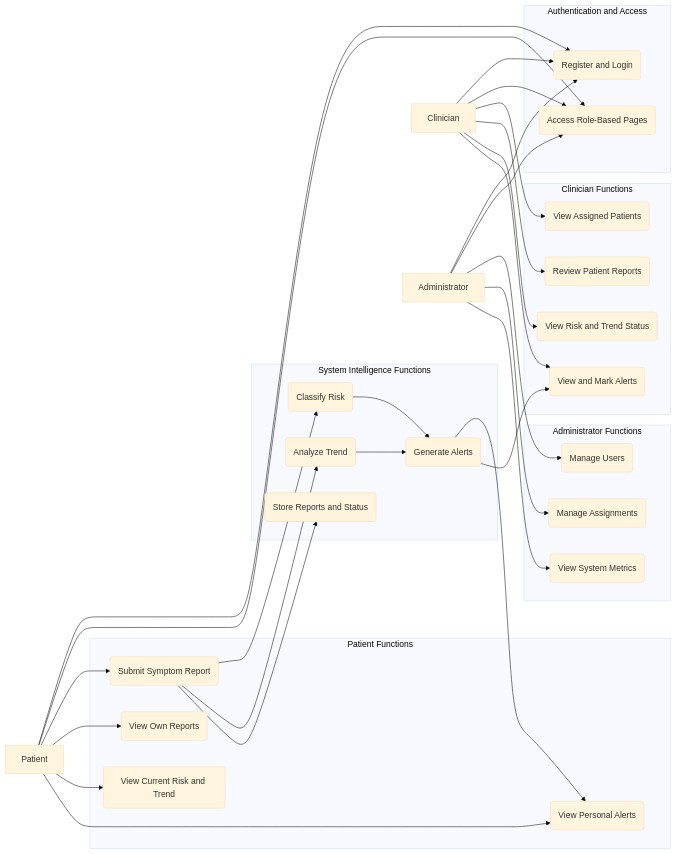
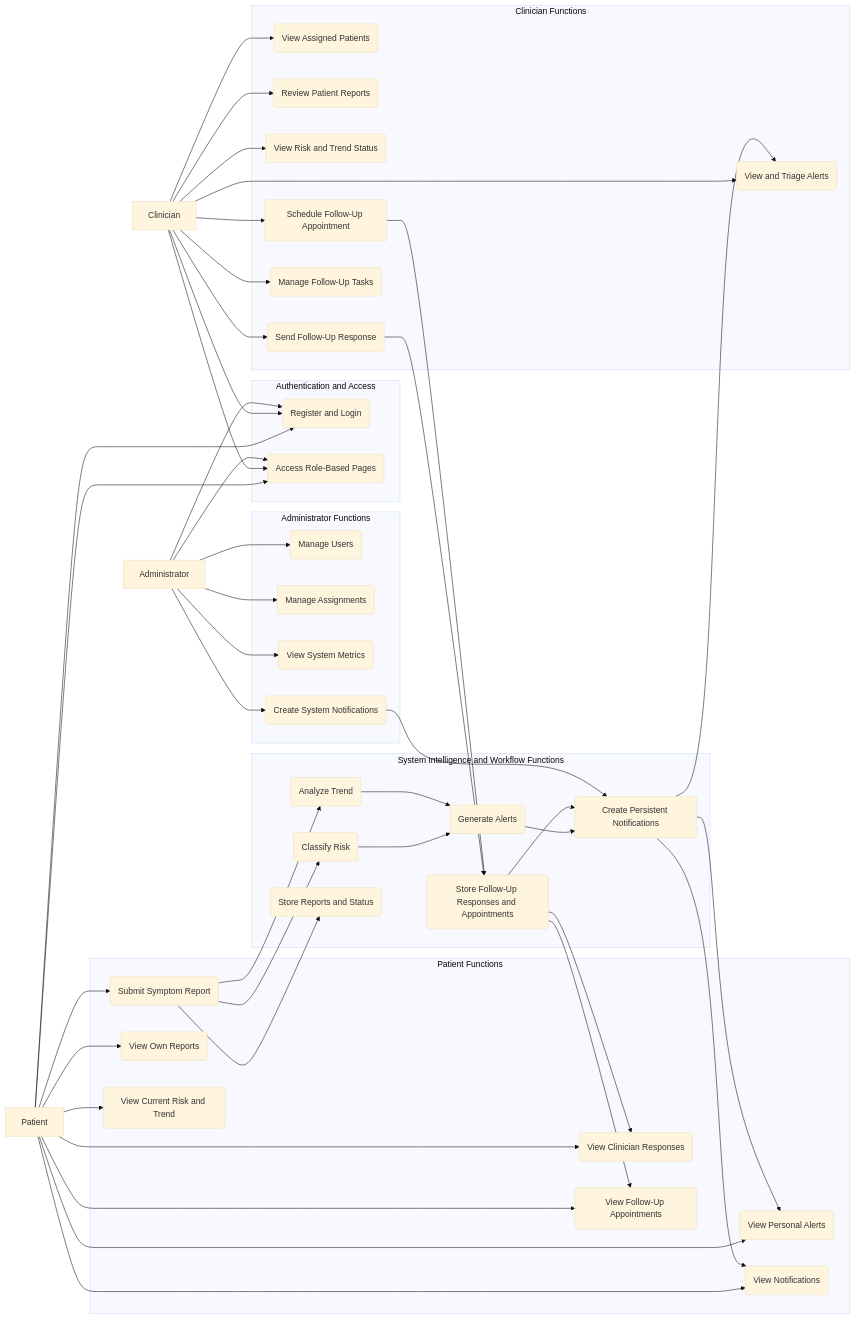
Before and after one commit to Mkayzw/backend: the diagram in 4.3.1_use_case_diagram.md, drawn with Mermaid (base theme). The commit also changed 53 other files, not shown here.

````diff
--- a/4.3.1_use_case_diagram.md
+++ b/4.3.1_use_case_diagram.md
@@ -18,26 +18,35 @@
         UC4(View Own Reports)
         UC5(View Current Risk and Trend)
         UC6(View Personal Alerts)
+        UC7(View Clinician Responses)
+        UC8(View Follow-Up Appointments)
+        UC9(View Notifications)
     end
 
     subgraph ClinicianFunctions["Clinician Functions"]
-        UC7(View Assigned Patients)
-        UC8(Review Patient Reports)
-        UC9(View Risk and Trend Status)
-        UC10(View and Mark Alerts)
+        UC10(View Assigned Patients)
+        UC11(Review Patient Reports)
+        UC12(View Risk and Trend Status)
+        UC13(View and Triage Alerts)
+        UC14(Send Follow-Up Response)
+        UC15(Schedule Follow-Up Appointment)
+        UC16(Manage Follow-Up Tasks)
     end
 
     subgraph AdminFunctions["Administrator Functions"]
-        UC11(Manage Users)
-        UC12(Manage Assignments)
-        UC13(View System Metrics)
+        UC17(Manage Users)
+        UC18(Manage Assignments)
+        UC19(View System Metrics)
+        UC20(Create System Notifications)
     end
 
-    subgraph SystemFunctions["System Intelligence Functions"]
-        UC14(Classify Risk)
-        UC15(Analyze Trend)
-        UC16(Generate Alerts)
-        UC17(Store Reports and Status)
+    subgraph SystemFunctions["System Intelligence and Workflow Functions"]
+        UC21(Classify Risk)
+        UC22(Analyze Trend)
+        UC23(Generate Alerts)
+        UC24(Store Reports and Status)
+        UC25(Create Persistent Notifications)
+        UC26(Store Follow-Up Responses and Appointments)
     end
 
     Patient --> UC1
@@ -46,25 +55,40 @@
     Patient --> UC4
     Patient --> UC5
     Patient --> UC6
+    Patient --> UC7
+    Patient --> UC8
+    Patient --> UC9
 
     Clinician --> UC1
     Clinician --> UC2
-    Clinician --> UC7
-    Clinician --> UC8
-    Clinician --> UC9
     Clinician --> UC10
+    Clinician --> UC11
+    Clinician --> UC12
+    Clinician --> UC13
+    Clinician --> UC14
+    Clinician --> UC15
+    Clinician --> UC16
 
     Admin --> UC1
     Admin --> UC2
-    Admin --> UC11
-    Admin --> UC12
-    Admin --> UC13
+    Admin --> UC17
+    Admin --> UC18
+    Admin --> UC19
+    Admin --> UC20
 
-    UC3 --> UC14
-    UC3 --> UC15
-    UC14 --> UC16
-    UC15 --> UC16
-    UC3 --> UC17
-    UC16 --> UC6
-    UC16 --> UC10
+    UC3 --> UC21
+    UC3 --> UC22
+    UC21 --> UC23
+    UC22 --> UC23
+    UC3 --> UC24
+    UC23 --> UC25
+    UC25 --> UC6
+    UC25 --> UC9
+    UC25 --> UC13
+    UC14 --> UC26
+    UC15 --> UC26
+    UC26 --> UC25
+    UC26 --> UC7
+    UC26 --> UC8
+    UC20 --> UC25
 ```
````
